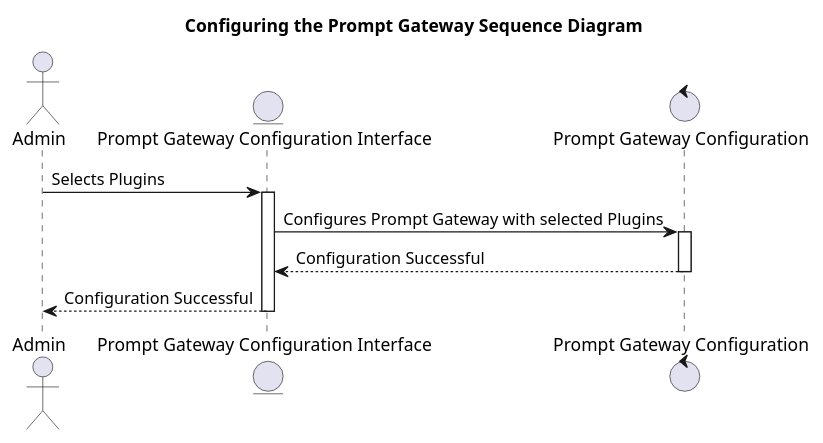
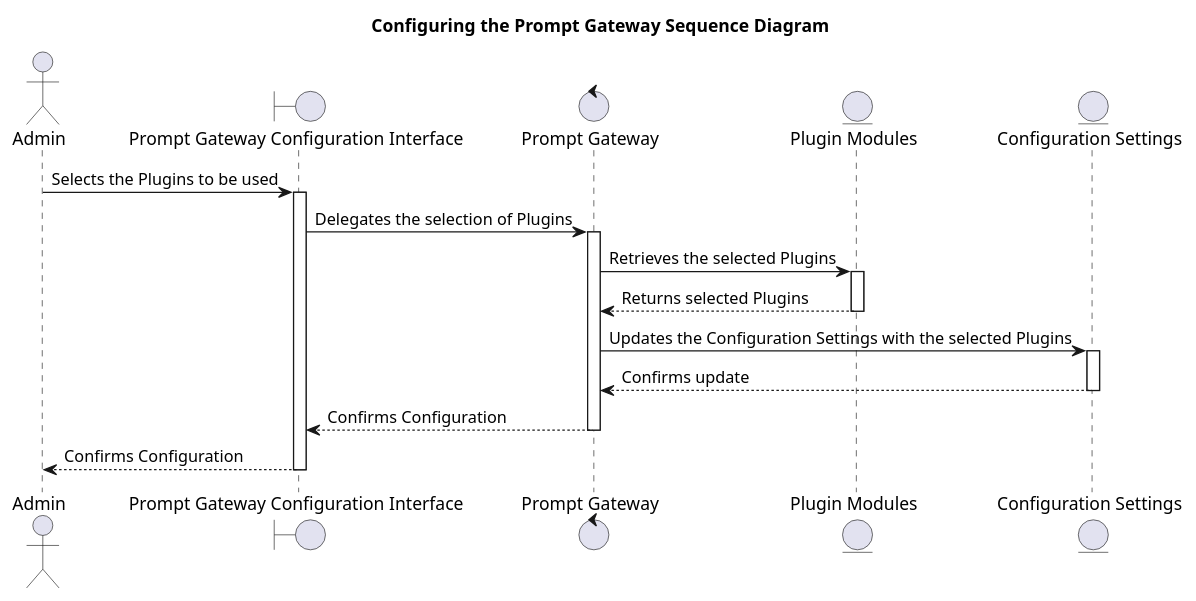
Diagram 13 of 21 in Design_Document_Prompt_Gateway_RESTful_API_LLM.md (o2alexanderfedin/AI-demos), drawn with PlantUML before and after one commit. The commit also changed other lines of this file, not shown here.

````diff
--- a/Design_Document_Prompt_Gateway_RESTful_API_LLM.md
+++ b/Design_Document_Prompt_Gateway_RESTful_API_LLM.md
@@ -431,18 +502,29 @@
 ```plantuml
 @startuml
 title Configuring the Prompt Gateway Sequence Diagram
 
 actor "Admin" as A
-entity "Prompt Gateway Configuration Interface" as B
-control "Prompt Gateway Configuration" as C
+boundary "Prompt Gateway Configuration Interface" as B
+control "Prompt Gateway" as C
+entity "Plugin Modules" as D
+entity "Configuration Settings" as E
 
-A -> B : Selects Plugins
+A -> B : Selects the Plugins to be used
 activate B
-B -> C : Configures Prompt Gateway with selected Plugins
+B -> C : Delegates the selection of Plugins
 activate C
-C --> B : Configuration Successful
+C -> D : Retrieves the selected Plugins
+activate D
+D --> C : Returns selected Plugins
+deactivate D
+C -> E : Updates the Configuration Settings with the selected Plugins
+activate E
+E --> C : Confirms update
+deactivate E
+C --> B : Confirms Configuration
 deactivate C
-B --> A : Configuration Successful
+B --> A : Confirms Configuration
 deactivate B
+
 @enduml
 ```
````
